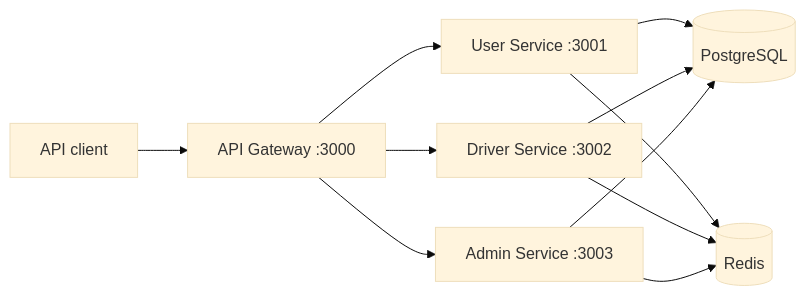
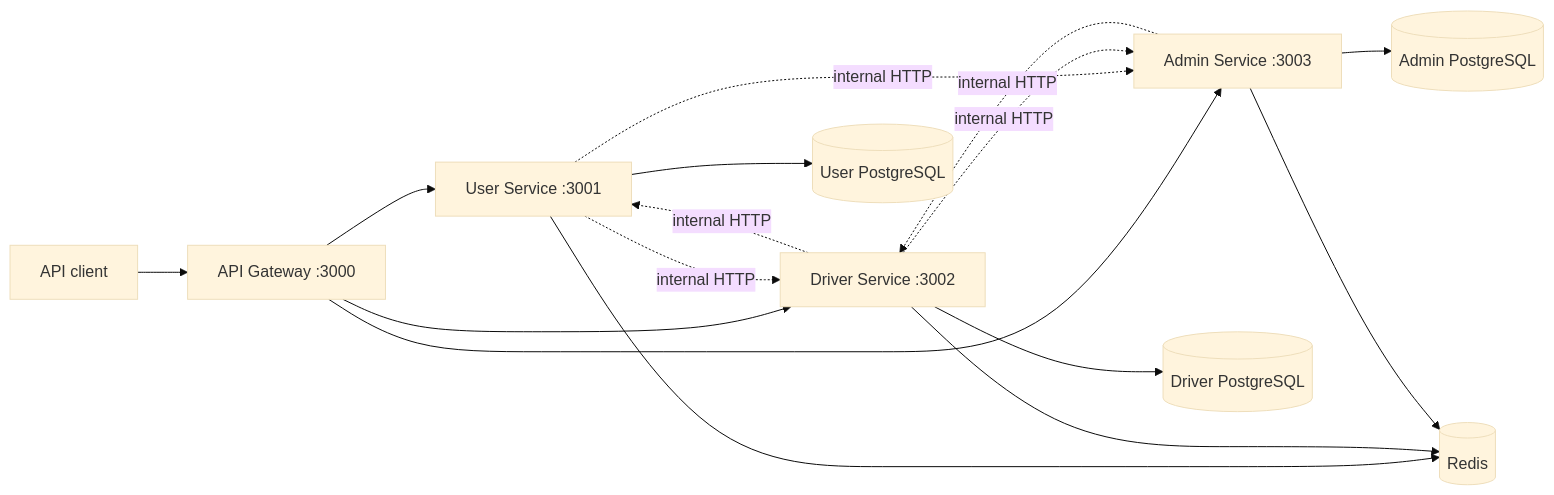
One commit to nikhil25803/LogiConnect changed the diagram in README.md. Above: the diagram before and after it, drawn with Mermaid (base theme). The commit also changed other lines of this file and 56 other files, not shown here.

First line of the commit message:
feat: Enhance user service with internal API integration and booking management

````diff
--- a/README.md
+++ b/README.md
@@ -13,13 +13,18 @@
 ```mermaid
 flowchart LR
     Client[API client] --> Gateway[API Gateway :3000]
     Gateway --> User[User Service :3001]
     Gateway --> Driver[Driver Service :3002]
     Gateway --> Admin[Admin Service :3003]
-    User --> Postgres[(PostgreSQL)]
-    Driver --> Postgres
-    Admin --> Postgres
+    User --> UserDB[(User PostgreSQL)]
+    Driver --> DriverDB[(Driver PostgreSQL)]
+    Admin --> AdminDB[(Admin PostgreSQL)]
+    User -. internal HTTP .-> Driver
+    User -. internal HTTP .-> Admin
+    Admin -. internal HTTP .-> Driver
+    Driver -. internal HTTP .-> User
+    Driver -. internal HTTP .-> Admin
     User --> Redis[(Redis)]
     Driver --> Redis
     Admin --> Redis
 ```
````
